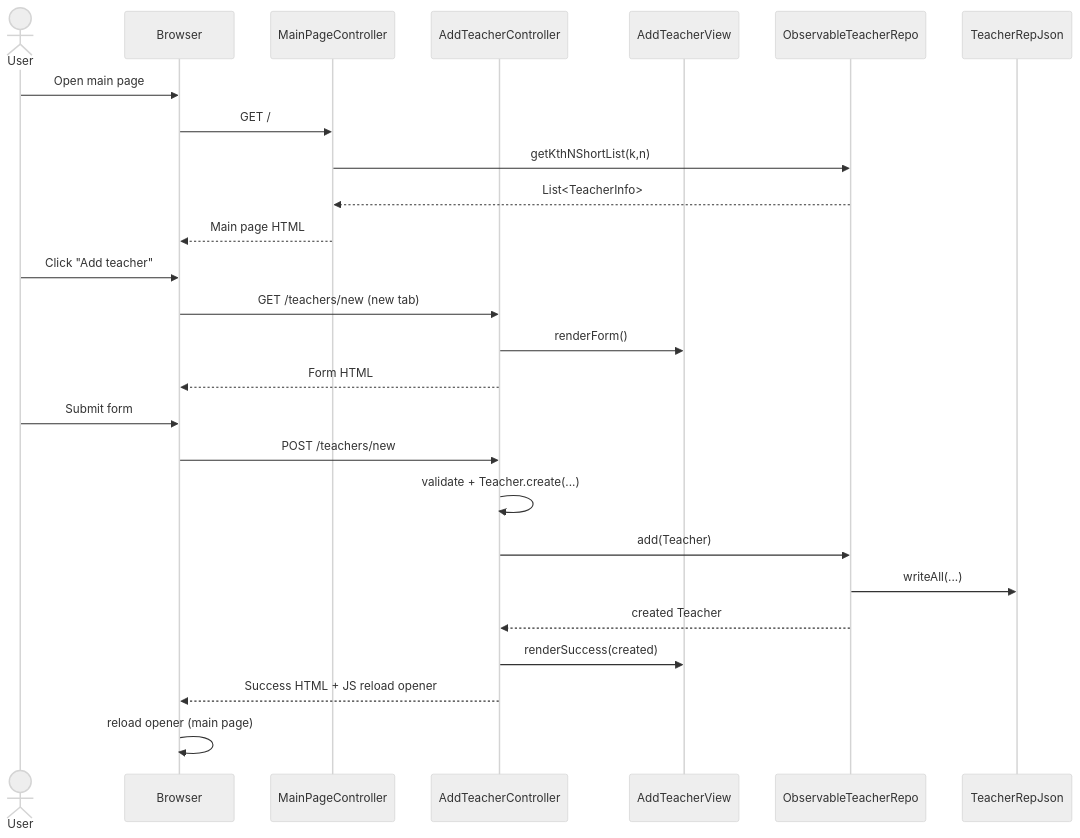
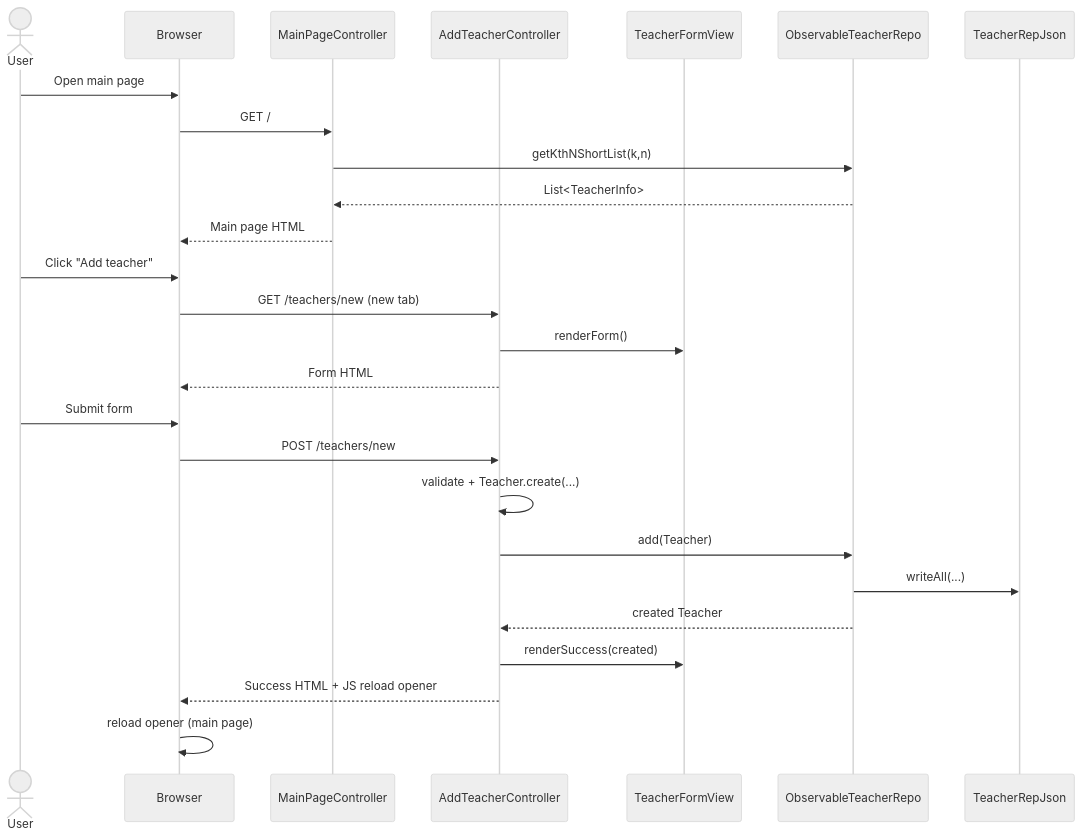
One commit to ZetMGC/information-systems-design changed the diagram in docs/sequence-add-teacher.md. Above: the diagram before and after it, drawn with Mermaid (neutral theme). The commit also changed 15 other files, not shown here.

````diff
--- a/docs/sequence-add-teacher.md
+++ b/docs/sequence-add-teacher.md
@@ -3,31 +3,31 @@
 ```mermaid
 sequenceDiagram
   actor User
   participant Browser
   participant MainPageController
   participant AddTeacherController
-  participant AddTeacherView
+  participant TeacherFormView
   participant Repo as ObservableTeacherRepo
   participant Store as TeacherRepJson
 
   User->>Browser: Open main page
   Browser->>MainPageController: GET /
   MainPageController->>Repo: getKthNShortList(k,n)
   Repo-->>MainPageController: List<TeacherInfo>
   MainPageController-->>Browser: Main page HTML
 
   User->>Browser: Click "Add teacher"
   Browser->>AddTeacherController: GET /teachers/new (new tab)
-  AddTeacherController->>AddTeacherView: renderForm()
+  AddTeacherController->>TeacherFormView: renderForm()
   AddTeacherController-->>Browser: Form HTML
 
   User->>Browser: Submit form
   Browser->>AddTeacherController: POST /teachers/new
   AddTeacherController->>AddTeacherController: validate + Teacher.create(...)
   AddTeacherController->>Repo: add(Teacher)
   Repo->>Store: writeAll(...)
   Repo-->>AddTeacherController: created Teacher
-  AddTeacherController->>AddTeacherView: renderSuccess(created)
+  AddTeacherController->>TeacherFormView: renderSuccess(created)
   AddTeacherController-->>Browser: Success HTML + JS reload opener
   Browser->>Browser: reload opener (main page)
 ```
````
